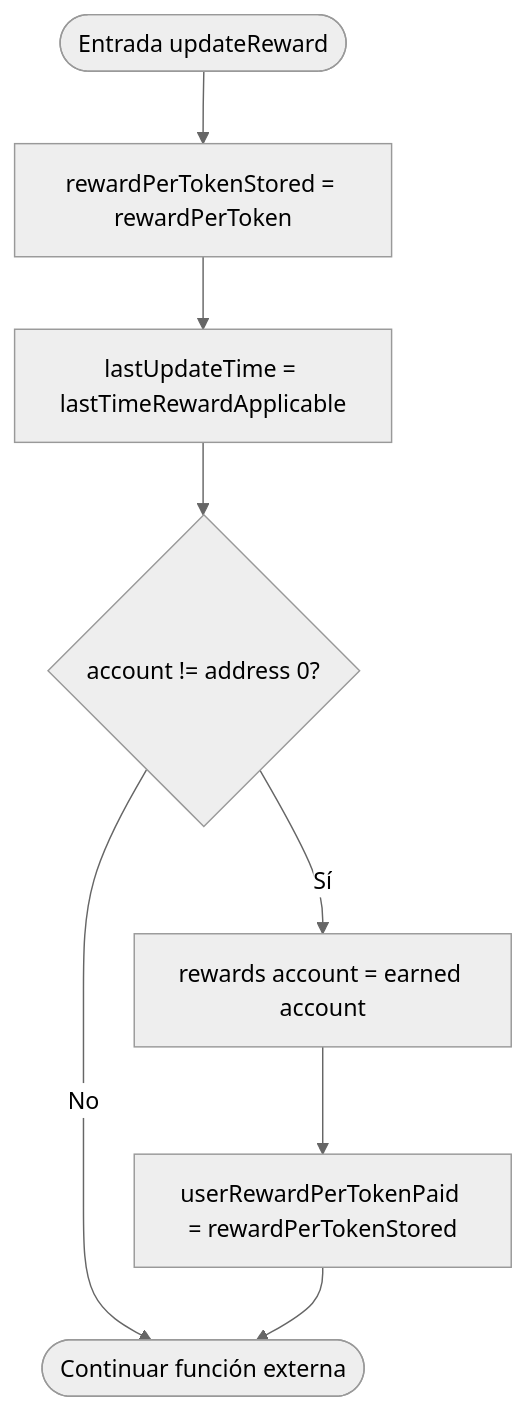
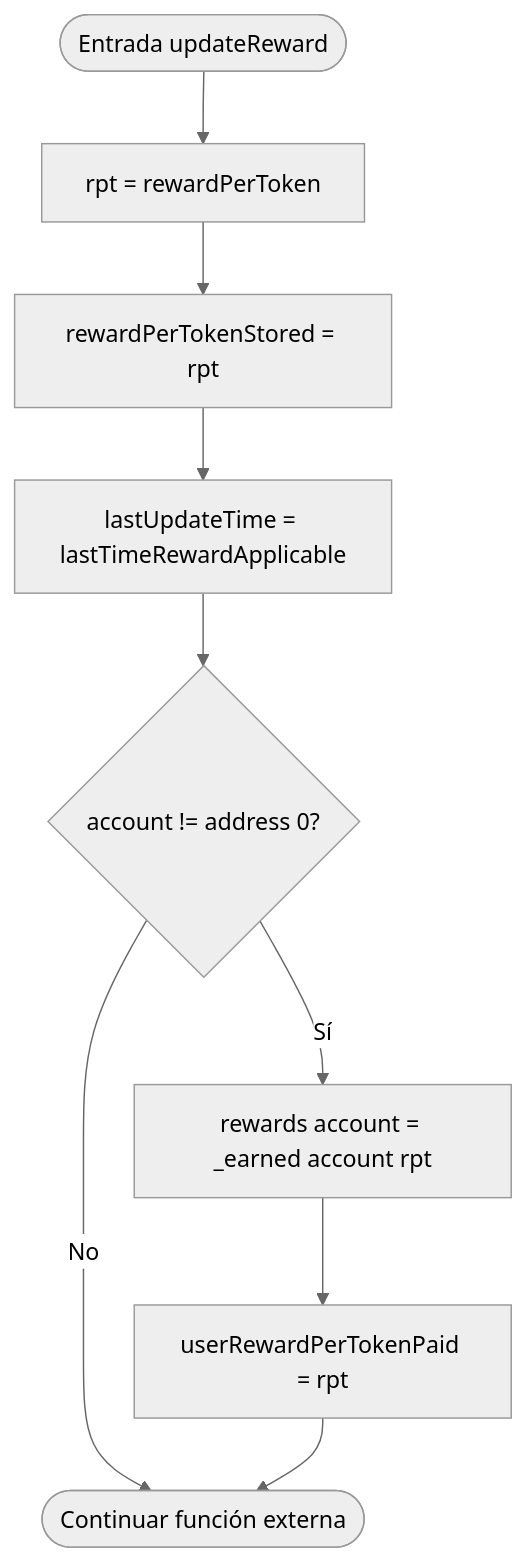
The second of 10 diagrams in doc/03-flujograma.md (rastrahm/staking), drawn with Mermaid (neutral theme) before and after one commit. The commit also changed other lines of this file and 9 other files, not shown here.

````diff
--- a/doc/03-flujograma.md
+++ b/doc/03-flujograma.md
@@ -31,10 +33,11 @@
 ```mermaid
 flowchart TD
-    A([Entrada updateReward]) --> B[rewardPerTokenStored = rewardPerToken]
-    B --> C[lastUpdateTime = lastTimeRewardApplicable]
-    C --> D{account != address 0?}
-    D -->|No| E([Continuar función externa])
-    D -->|Sí| F[rewards account = earned account]
-    F --> G[userRewardPerTokenPaid = rewardPerTokenStored]
-    G --> E
+    A([Entrada updateReward]) --> B[rpt = rewardPerToken]
+    B --> C[rewardPerTokenStored = rpt]
+    C --> D[lastUpdateTime = lastTimeRewardApplicable]
+    D --> E{account != address 0?}
+    E -->|No| F([Continuar función externa])
+    E -->|Sí| G[rewards account = _earned account rpt]
+    G --> H[userRewardPerTokenPaid = rpt]
+    H --> F
 ```
````
